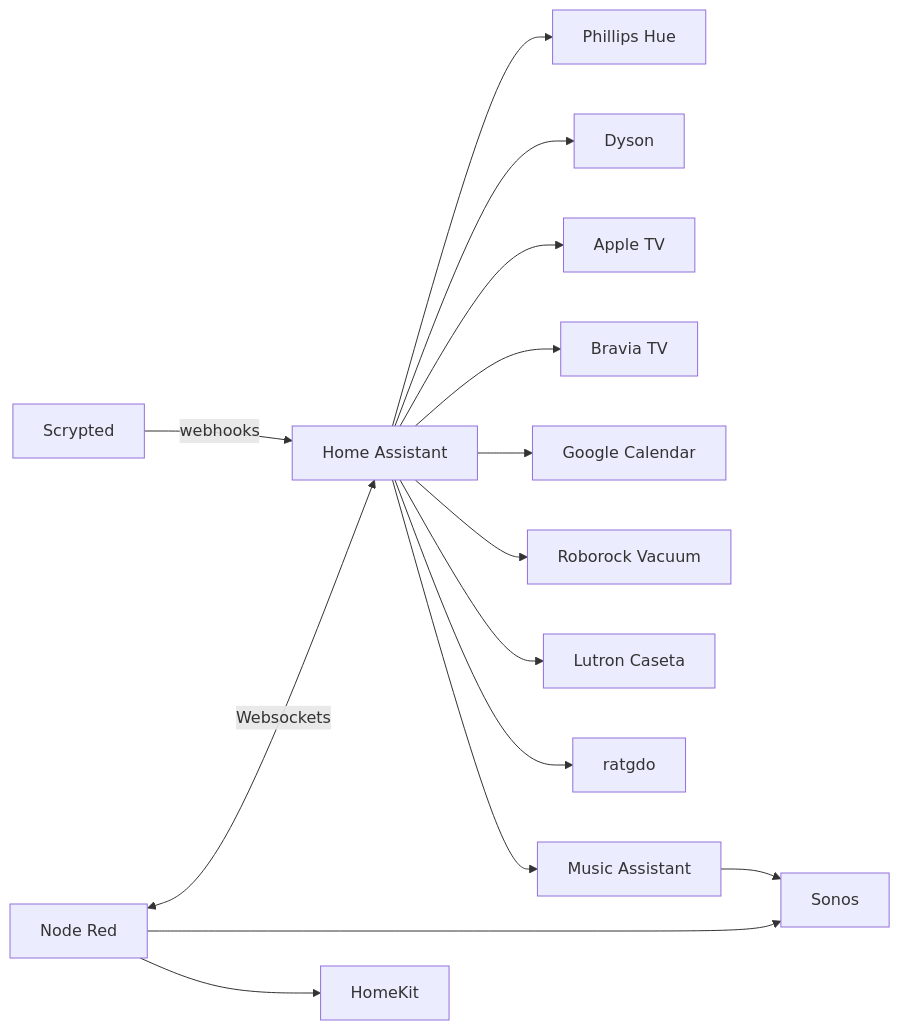
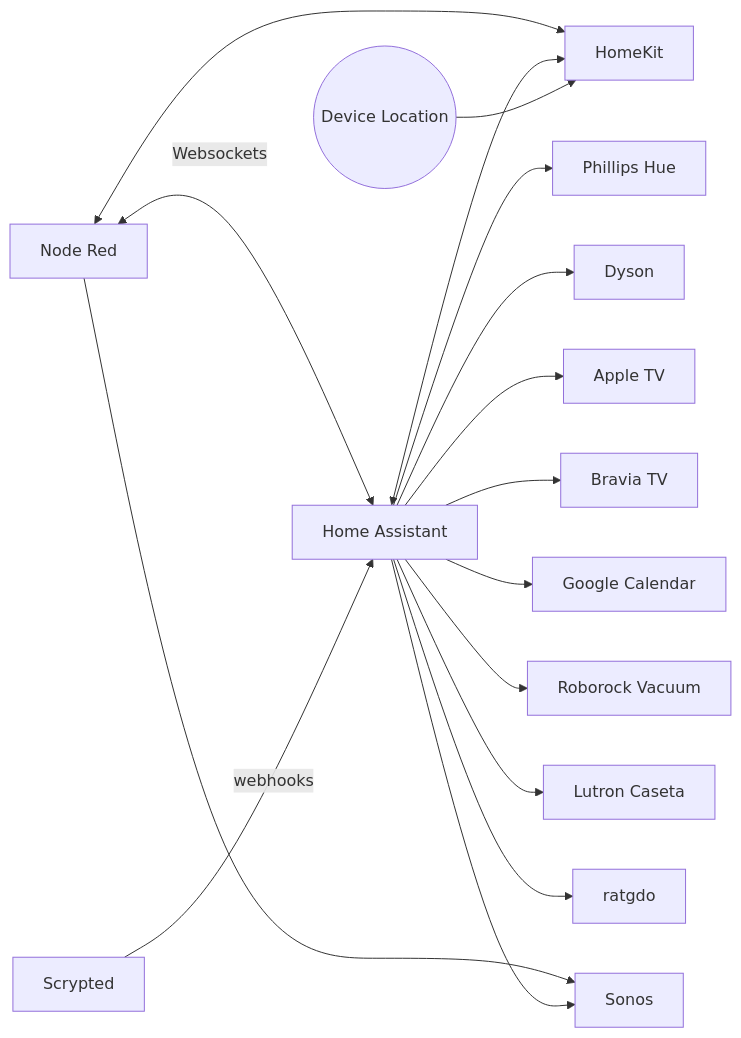
One commit to NickBorgers/node-red changed the diagram in README.md. Above: the diagram before and after it, drawn with Mermaid.

Commit message:
Correct diagram

````diff
--- a/README.md
+++ b/README.md
@@ -15,18 +15,19 @@
 ```mermaid
 flowchart LR
 
 A[Node Red] <--> |Websockets| B[Home Assistant]
 A --> C[Sonos]
-A --> G[HomeKit]
+A <--> G[HomeKit]
+B <--> G
 B --> E[Phillips Hue]
 B --> F[Dyson]
 B --> H[Apple TV]
 B --> I[Bravia TV]
 B --> K[Google Calendar]
 B --> J[Roborock Vacuum]
 B --> L[Lutron Caseta]
 B --> M[ratgdo]
 N[Scrypted] --> |webhooks| B
-B --> P[Music Assistant]
-P --> C
+B --> C
+O((Device Location)) --> G
 ```
````
